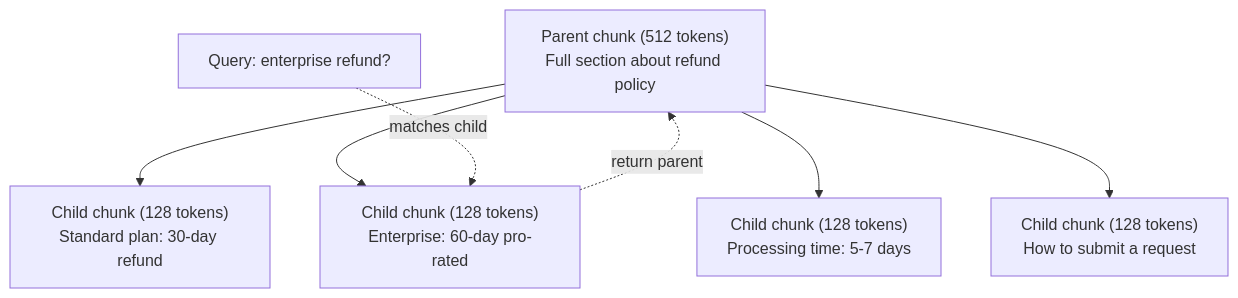
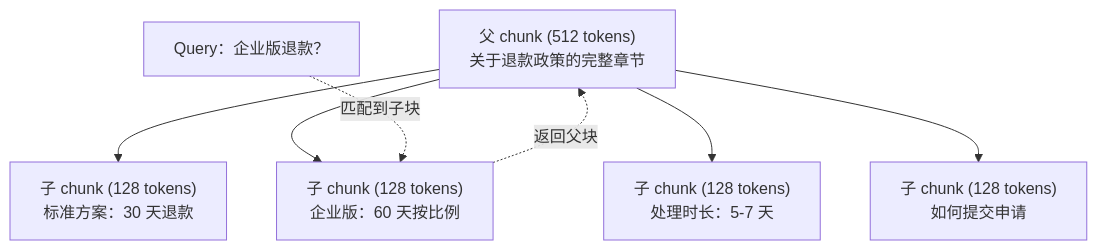
One commit to JerryC8080/ai-engineering-from-scratch-zh changed the second of 3 diagrams in phases/11-llm-engineering/07-advanced-rag/docs/zh.md. Above: the diagram before and after it, drawn with Mermaid. The commit also changed other lines of this file and 156 other files, not shown here.

First line of the commit message:
i18n(zh): translate mermaid diagram labels in 157 lesson zh.md

````diff
--- a/phases/11-llm-engineering/07-advanced-rag/docs/zh.md
+++ b/phases/11-llm-engineering/07-advanced-rag/docs/zh.md
@@ -126,16 +126,16 @@
 ```mermaid
 graph TD
-    P["Parent chunk (512 tokens)<br/>Full section about refund policy"]
-    C1["Child chunk (128 tokens)<br/>Standard plan: 30-day refund"]
-    C2["Child chunk (128 tokens)<br/>Enterprise: 60-day pro-rated"]
-    C3["Child chunk (128 tokens)<br/>Processing time: 5-7 days"]
-    C4["Child chunk (128 tokens)<br/>How to submit a request"]
+    P["父 chunk (512 tokens)<br/>关于退款政策的完整章节"]
+    C1["子 chunk (128 tokens)<br/>标准方案：30 天退款"]
+    C2["子 chunk (128 tokens)<br/>企业版：60 天按比例"]
+    C3["子 chunk (128 tokens)<br/>处理时长：5-7 天"]
+    C4["子 chunk (128 tokens)<br/>如何提交申请"]
 
     P --> C1
     P --> C2
     P --> C3
     P --> C4
 
-    Q["Query: enterprise refund?"] -.->|"matches child"| C2
-    C2 -.->|"return parent"| P
+    Q["Query：企业版退款？"] -.->|"匹配到子块"| C2
+    C2 -.->|"返回父块"| P
 ```
````
